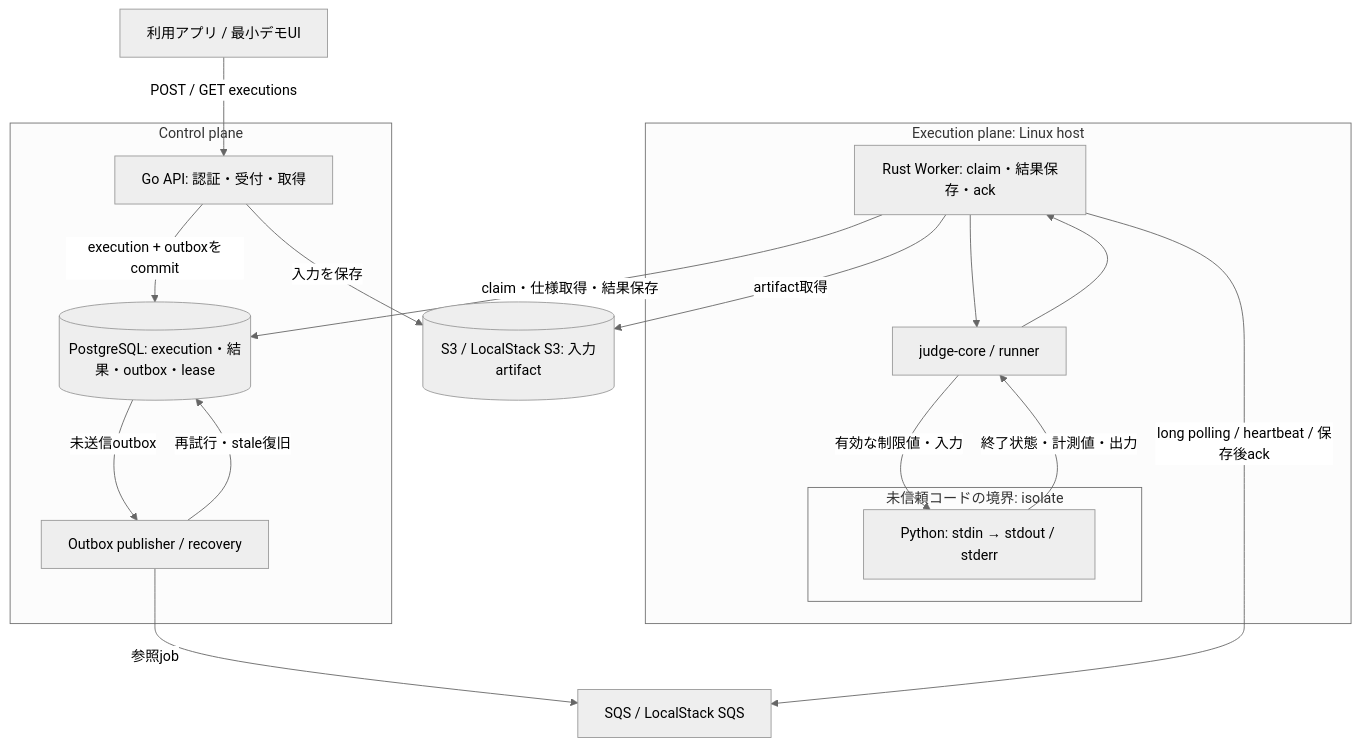
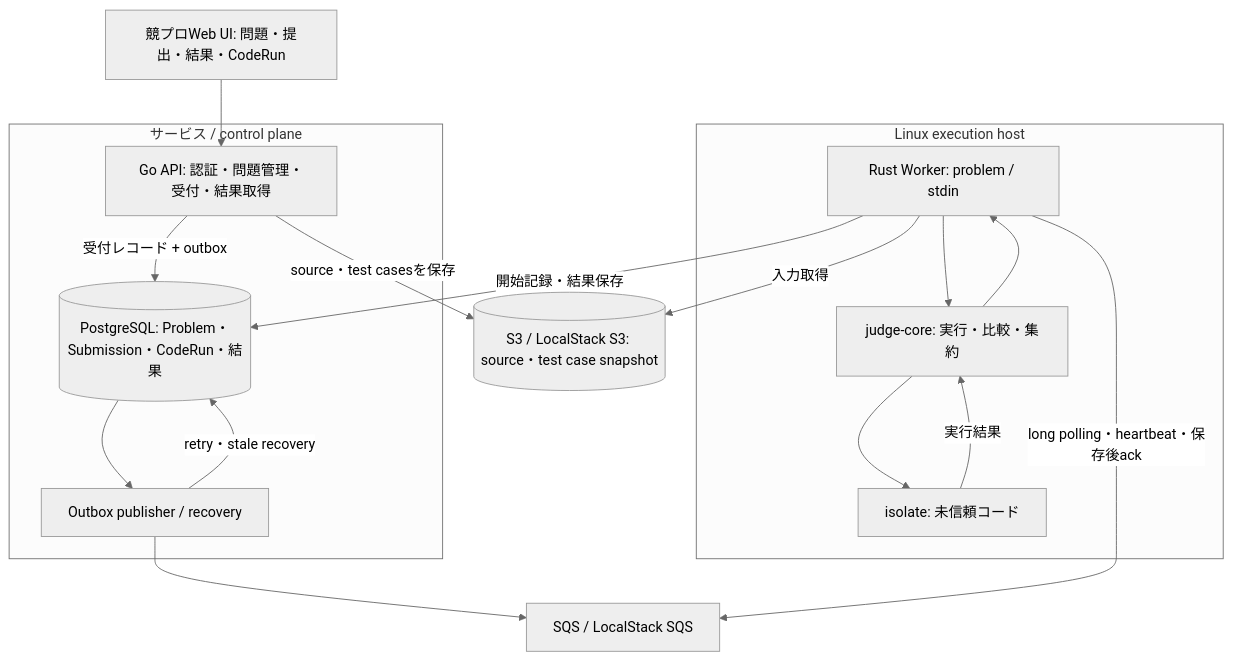
Before and after one commit to tagokoro/tag-judge: the diagram in docs/infrastructure-design.md, drawn with Mermaid (neutral theme). The commit also changed other lines of this file and 7 other files, not shown here.

````diff
--- a/docs/infrastructure-design.md
+++ b/docs/infrastructure-design.md
@@ -9,31 +9,29 @@
 ```mermaid
 flowchart TB
-    Client["利用アプリ / 最小デモUI"]
-    subgraph Control["Control plane"]
-        API["Go API: 認証・受付・取得"]
+    UI["競プロWeb UI: 問題・提出・結果・CodeRun"]
+    subgraph Service["サービス / control plane"]
+        API["Go API: 認証・問題管理・受付・結果取得"]
         Publisher["Outbox publisher / recovery"]
-        DB[("PostgreSQL: execution・結果・outbox・lease")]
+        DB[("PostgreSQL: Problem・Submission・CodeRun・結果")]
     end
     Queue["SQS / LocalStack SQS"]
-    Storage[("S3 / LocalStack S3: 入力artifact")]
-    subgraph Execution["Execution plane: Linux host"]
-        Worker["Rust Worker: claim・結果保存・ack"]
-        Core["judge-core / runner"]
-        subgraph Sandbox["未信頼コードの境界: isolate"]
-            Python["Python: stdin → stdout / stderr"]
-        end
+    Storage[("S3 / LocalStack S3: source・test case snapshot")]
+    subgraph Host["Linux execution host"]
+        Worker["Rust Worker: problem / stdin"]
+        Core["judge-core: 実行・比較・集約"]
+        Sandbox["isolate: 未信頼コード"]
     end
-    Client -->|"POST / GET executions"| API
-    API -->|"入力を保存"| Storage
-    API -->|"execution + outboxをcommit"| DB
-    DB -->|"未送信outbox"| Publisher
-    Publisher -->|"参照job"| Queue
-    Publisher -->|"再試行・stale復旧"| DB
-    Worker -->|"long polling / heartbeat / 保存後ack"| Queue
-    Worker -->|"claim・仕様取得・結果保存"| DB
-    Worker -->|"artifact取得"| Storage
+    UI --> API
+    API -->|"source・test casesを保存"| Storage
+    API -->|"受付レコード + outbox"| DB
+    DB --> Publisher
+    Publisher --> Queue
+    Publisher -->|"retry・stale recovery"| DB
+    Worker -->|"long polling・heartbeat・保存後ack"| Queue
+    Worker -->|"開始記録・結果保存"| DB
+    Worker -->|"入力取得"| Storage
     Worker --> Core
-    Core -->|"有効な制限値・入力"| Python
-    Python -->|"終了状態・計測値・出力"| Core
+    Core --> Sandbox
+    Sandbox -->|"実行結果"| Core
     Core --> Worker
 ```
````
